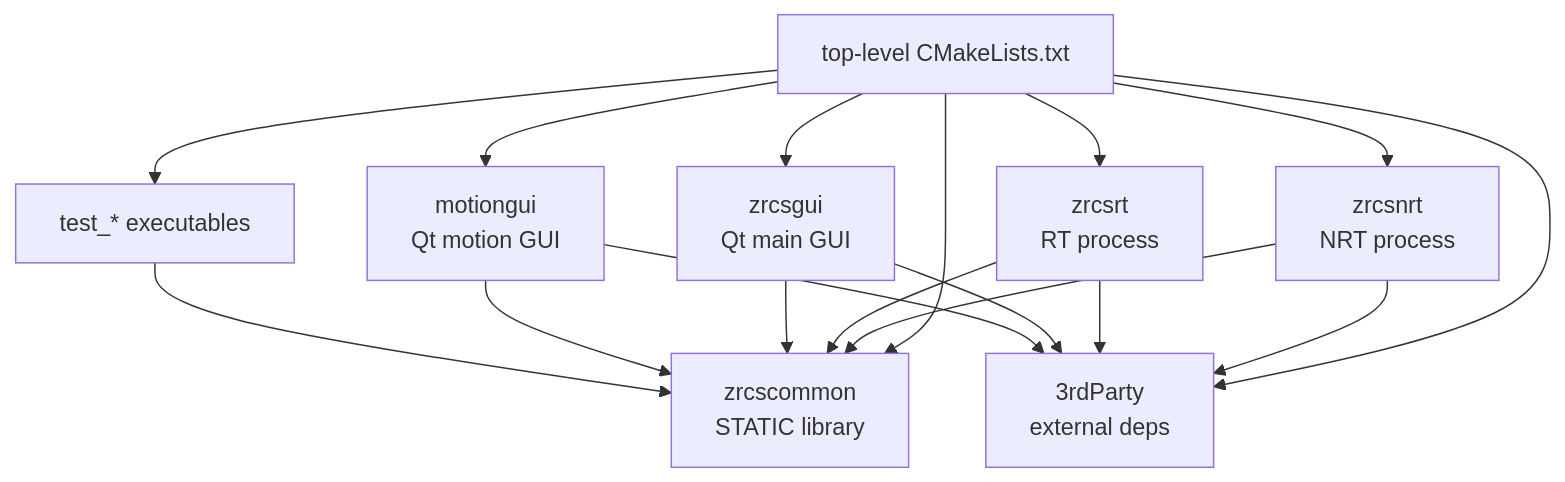
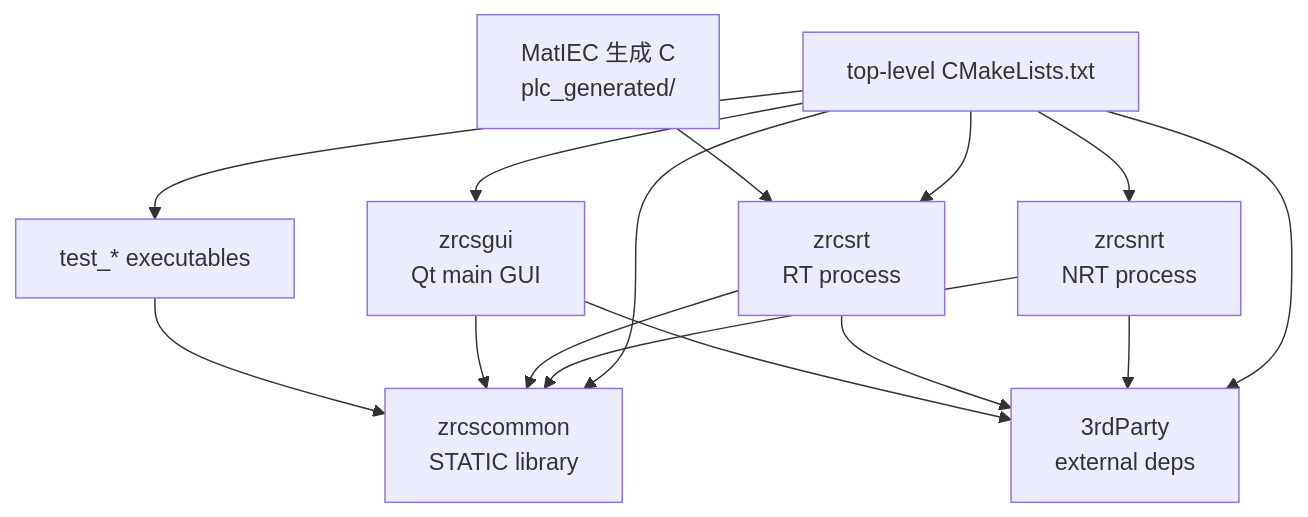
The first of 6 diagrams in docs/architecture-analysis.md (jadenzhangrobot/zrcs), drawn with Mermaid before and after one commit. The commit also changed other lines of this file and 9 other files, not shown here.

````diff
--- a/docs/architecture-analysis.md
+++ b/docs/architecture-analysis.md
@@ -27,29 +31,27 @@
 ```mermaid
 flowchart TD
     Root["top-level CMakeLists.txt"]
     Common["zrcscommon<br/>STATIC library"]
     NRT["zrcsnrt<br/>NRT process"]
     RT["zrcsrt<br/>RT process"]
+    PLC["MatIEC 生成 C<br/>plc_generated/"]
     GUI["zrcsgui<br/>Qt main GUI"]
-    MotionGUI["motiongui<br/>Qt motion GUI"]
     Tests["test_* executables"]
     ThirdParty["3rdParty<br/>external deps"]
 
     Root --> Common
     Root --> ThirdParty
     Root --> NRT
     Root --> RT
     Root --> GUI
-    Root --> MotionGUI
     Root --> Tests
+    PLC --> RT
 
     NRT --> Common
     RT --> Common
     GUI --> Common
-    MotionGUI --> Common
     Tests --> Common
     NRT --> ThirdParty
     RT --> ThirdParty
     GUI --> ThirdParty
-    MotionGUI --> ThirdParty
 ```
````
